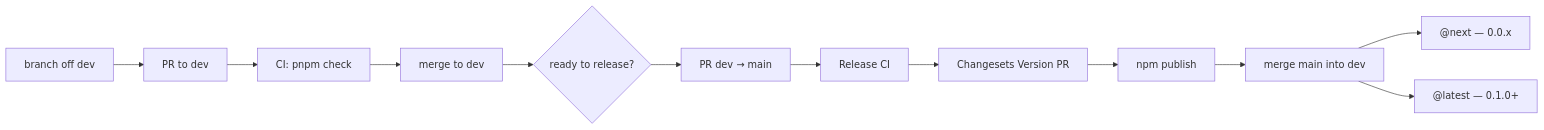
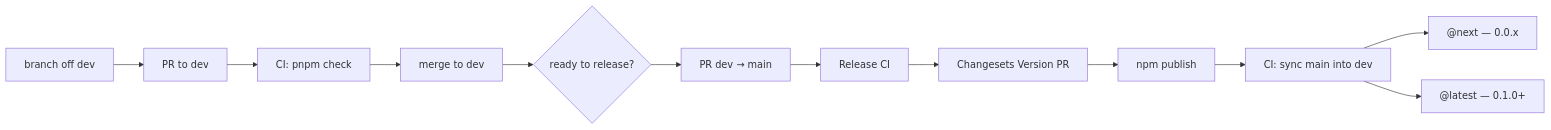
The first of 2 diagrams in docs/operations/DEPLOY.md (DaLexto/lexsys-ui), drawn with Mermaid before and after one commit. The commit also changed other lines of this file and 1 other file, not shown here.

First line of the commit message:
ci(release): automate sync of main into dev

````diff
--- a/docs/operations/DEPLOY.md
+++ b/docs/operations/DEPLOY.md
@@ -35,14 +35,14 @@
 ```mermaid
 flowchart LR
     devBranch[branch off dev] --> pr[PR to dev]
     pr --> ci["CI: pnpm check"]
     ci --> mergeDev[merge to dev]
     mergeDev --> ready{ready to release?}
     ready --> mainPR["PR dev → main"]
     mainPR --> releaseCI[Release CI]
     releaseCI --> versionPR[Changesets Version PR]
     versionPR --> publish[npm publish]
-    publish --> syncDev["merge main into dev"]
+    publish --> syncDev["CI: sync main into dev"]
     syncDev --> nextTag["@next — 0.0.x"]
     syncDev --> latestTag["@latest — 0.1.0+"]
 ```
````
